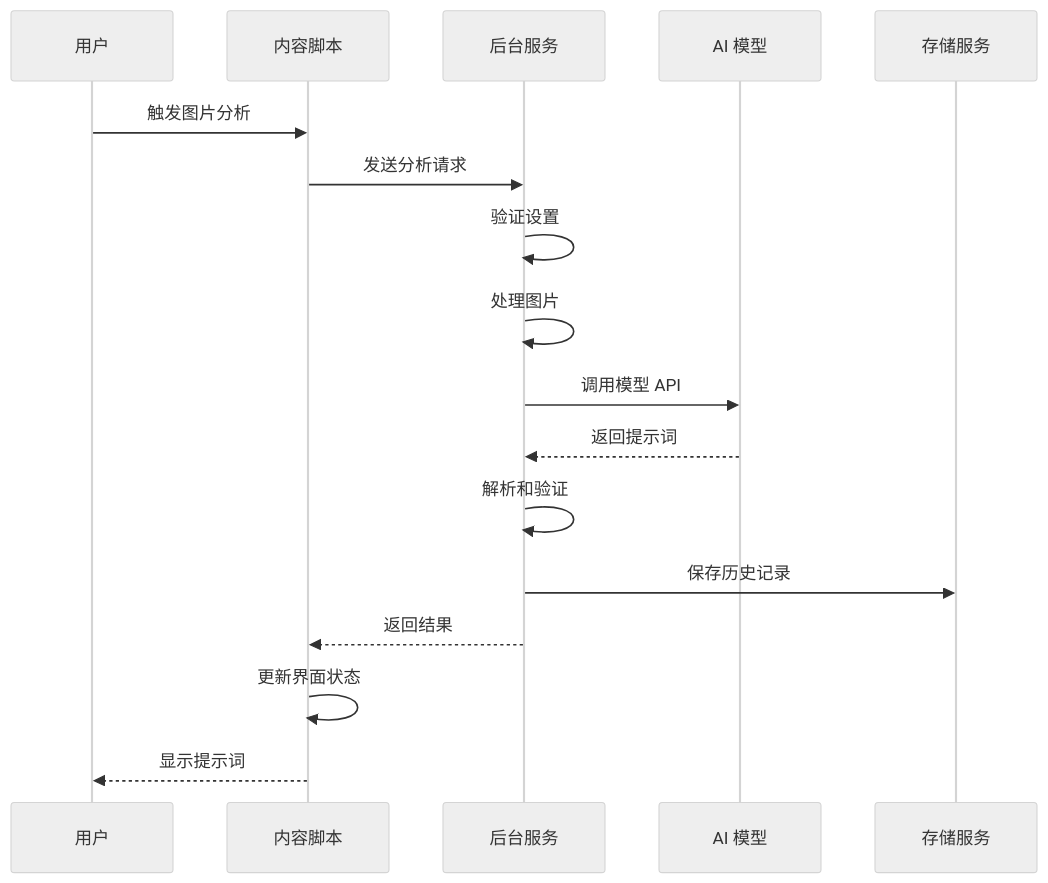
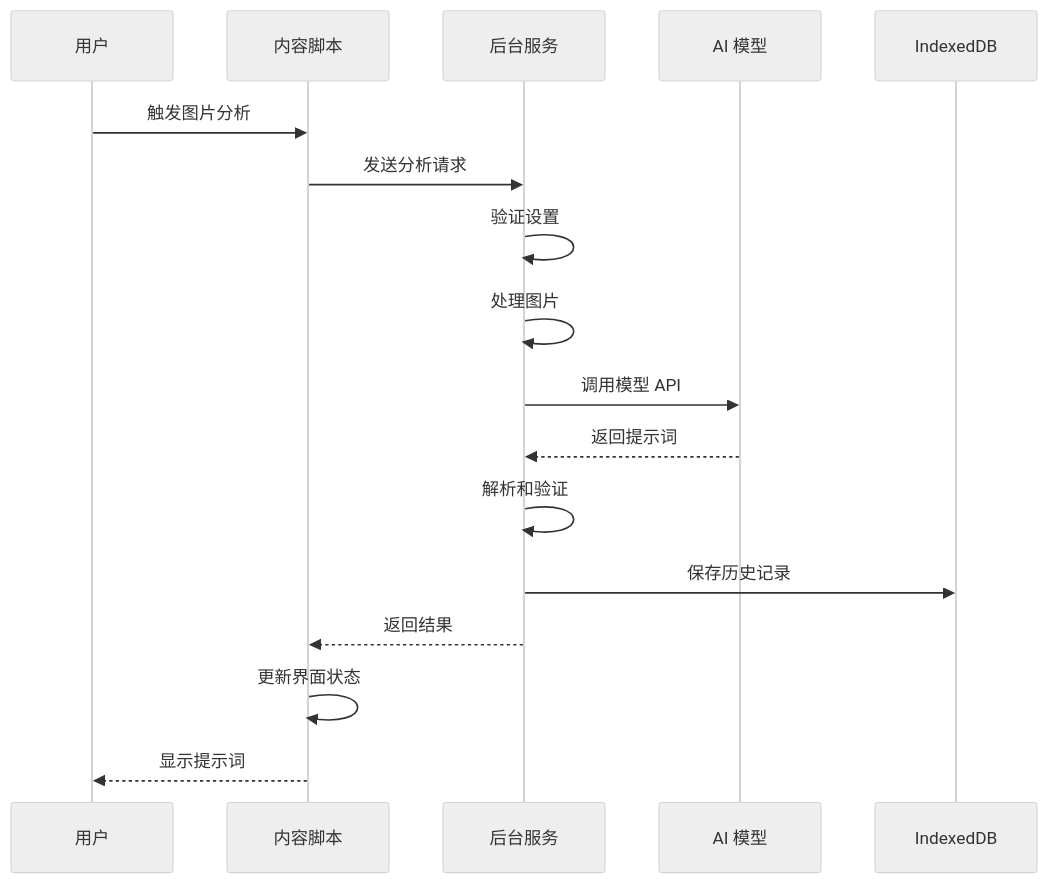
Before and after one commit to binasi/Img2Prompt: the third of 9 diagrams in .qoder/repowiki/zh/content/技术架构/核心模块分析/核心模块分析.md, drawn with Mermaid (neutral theme). The commit also changed other lines of this file and 9 other files, not shown here.

````diff
--- a/.qoder/repowiki/zh/content/技术架构/核心模块分析/核心模块分析.md
+++ b/.qoder/repowiki/zh/content/技术架构/核心模块分析/核心模块分析.md
@@ -139,19 +153,19 @@
 ```mermaid
 sequenceDiagram
 participant User as 用户
 participant Content as 内容脚本
 participant Background as 后台服务
 participant AI as AI 模型
-participant Storage as 存储服务
+participant Storage as IndexedDB
 User->>Content : 触发图片分析
 Content->>Background : 发送分析请求
 Background->>Background : 验证设置
 Background->>Background : 处理图片
 Background->>AI : 调用模型 API
 AI-->>Background : 返回提示词
 Background->>Background : 解析和验证
 Background->>Storage : 保存历史记录
 Background-->>Content : 返回结果
 Content->>Content : 更新界面状态
 Content-->>User : 显示提示词
 ```
````
